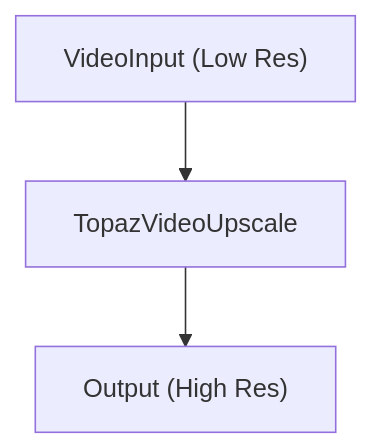
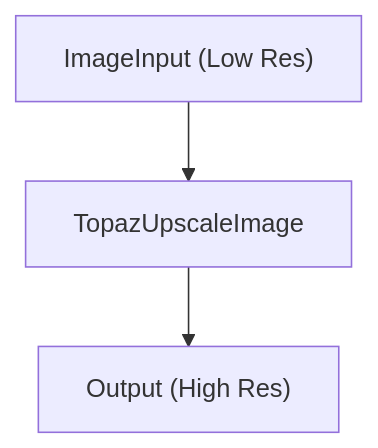
Diagram 16 of 17 in docs/cookbook/patterns.md (nodetool-ai/nodetool), drawn with Mermaid before and after one commit. The commit also changed other lines of this file and 683 other files, not shown here.

```diff
--- a/docs/cookbook/patterns.md
+++ b/docs/cookbook/patterns.md
@@ -551,8 +546,8 @@
 {% mermaid %}
 graph TD
-  video_input["VideoInput (Low Res)"]
+  image_input["ImageInput (Low Res)"]
   output["Output (High Res)"]
-  topaz_upscale["TopazVideoUpscale"]
-  video_input --> topaz_upscale
+  topaz_upscale["TopazUpscaleImage"]
+  image_input --> topaz_upscale
   topaz_upscale --> output
 {% endmermaid %}
```
